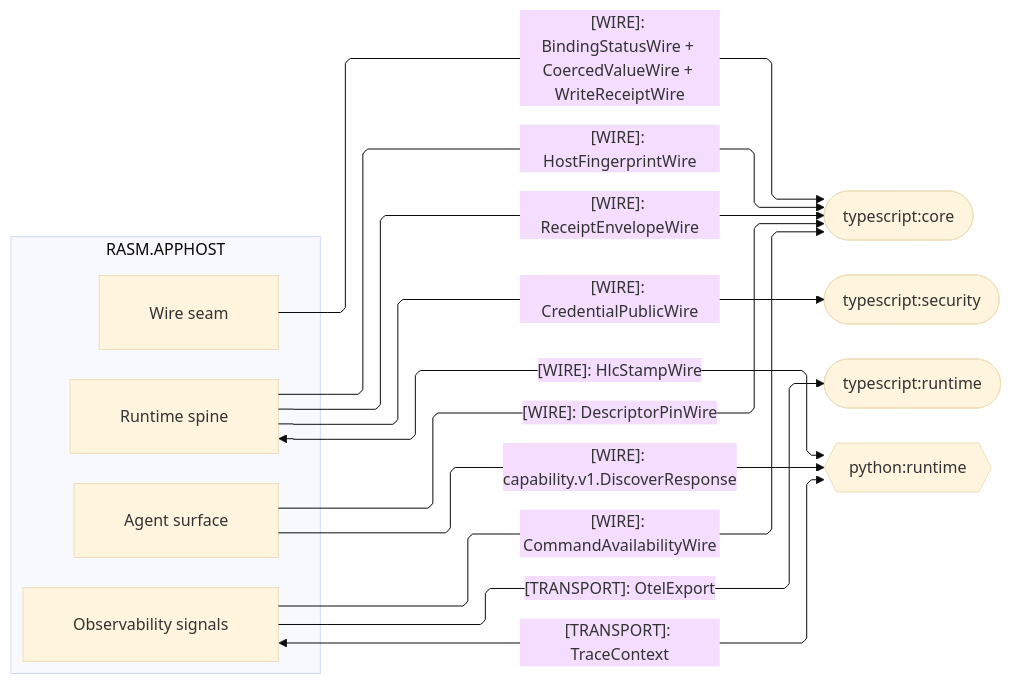
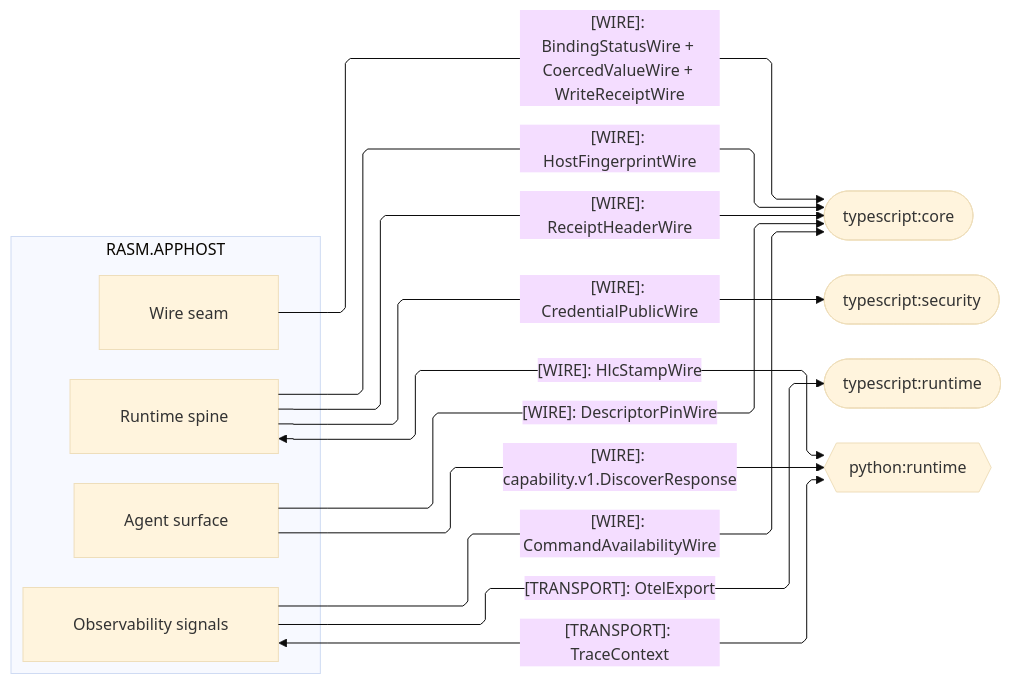
One commit to bsamiee/Rasm changed the second of 4 diagrams in libs/csharp/Rasm.AppHost/ARCHITECTURE.md. Above: the diagram before and after it, drawn with Mermaid (base theme). The commit also changed 571 other files, not shown here.

````diff
--- a/libs/csharp/Rasm.AppHost/ARCHITECTURE.md
+++ b/libs/csharp/Rasm.AppHost/ARCHITECTURE.md
@@ -122,32 +122,32 @@
 ```mermaid
 ---
 config:
   layout: elk
   flowchart:
     curve: linear
     padding: 25
 ---
 flowchart LR
     accTitle: AppHost cross-runtime wire seams
     accDescr: Which kinded wires, content keys, and transport cross between AppHost and the TypeScript core, security, runtime, and Python peers.
     subgraph apphost[RASM.APPHOST]
         Agent[Agent surface]
         Runtime[Runtime spine]
         Wire[Wire seam]
         Observability[Observability signals]
     end
     Core([typescript:core])
     TsSecurity([typescript:security])
     TsRuntime([typescript:runtime])
     PyRuntime{{python:runtime}}
     Agent e1@-->|"[WIRE]: DescriptorPinWire"| Core
-    Runtime e2@-->|"[WIRE]: ReceiptEnvelopeWire"| Core
+    Runtime e2@-->|"[WIRE]: ReceiptHeaderWire"| Core
     Observability e3@-->|"[WIRE]: CommandAvailabilityWire"| Core
     Wire e4@-->|"[WIRE]: BindingStatusWire + CoercedValueWire + WriteReceiptWire"| Core
     Runtime e5@-->|"[WIRE]: HostFingerprintWire"| Core
     Observability e6@-->|"[TRANSPORT]: OtelExport"| TsRuntime
     Agent e7@-->|"[WIRE]: capability.v1.DiscoverResponse"| PyRuntime
     Observability e8@<-->|"[TRANSPORT]: TraceContext"| PyRuntime
     Runtime e9@<-->|"[WIRE]: HlcStampWire"| PyRuntime
     Runtime e10@-->|"[WIRE]: CredentialPublicWire"| TsSecurity
 ```
````
